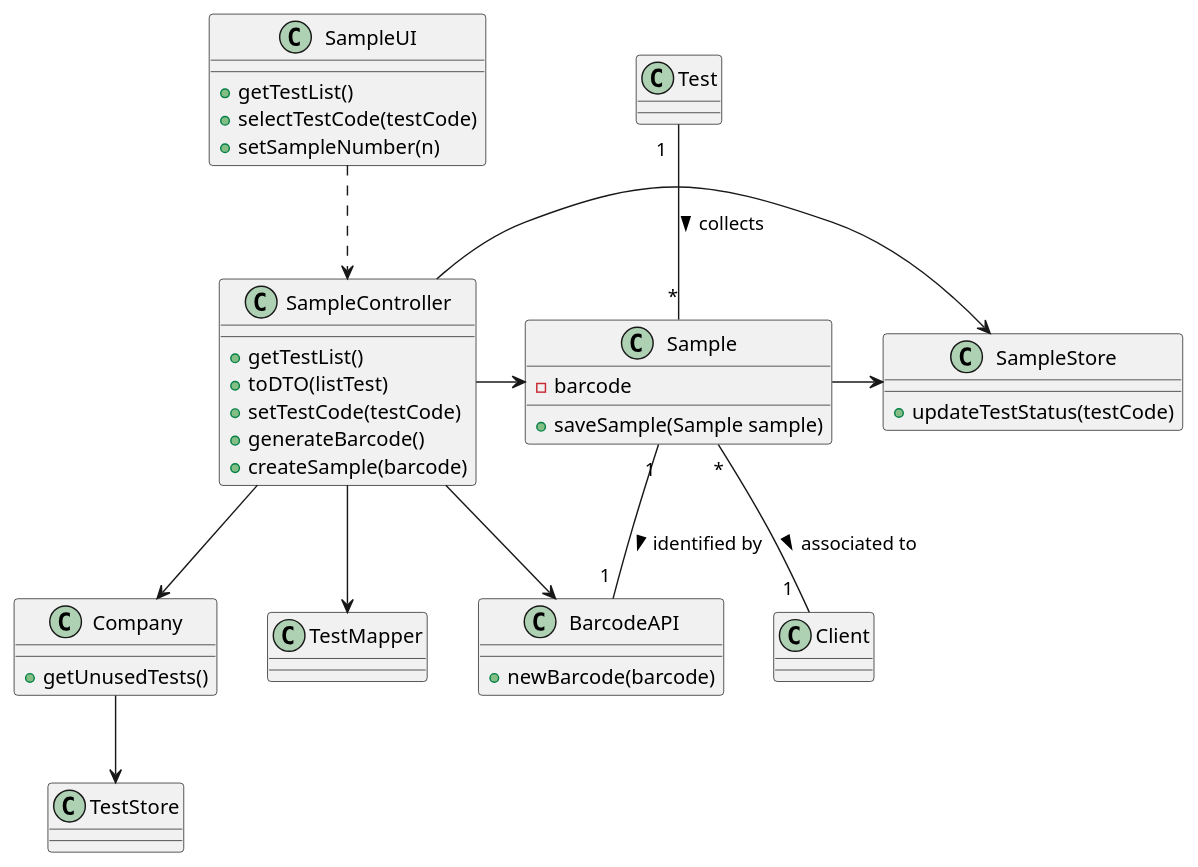
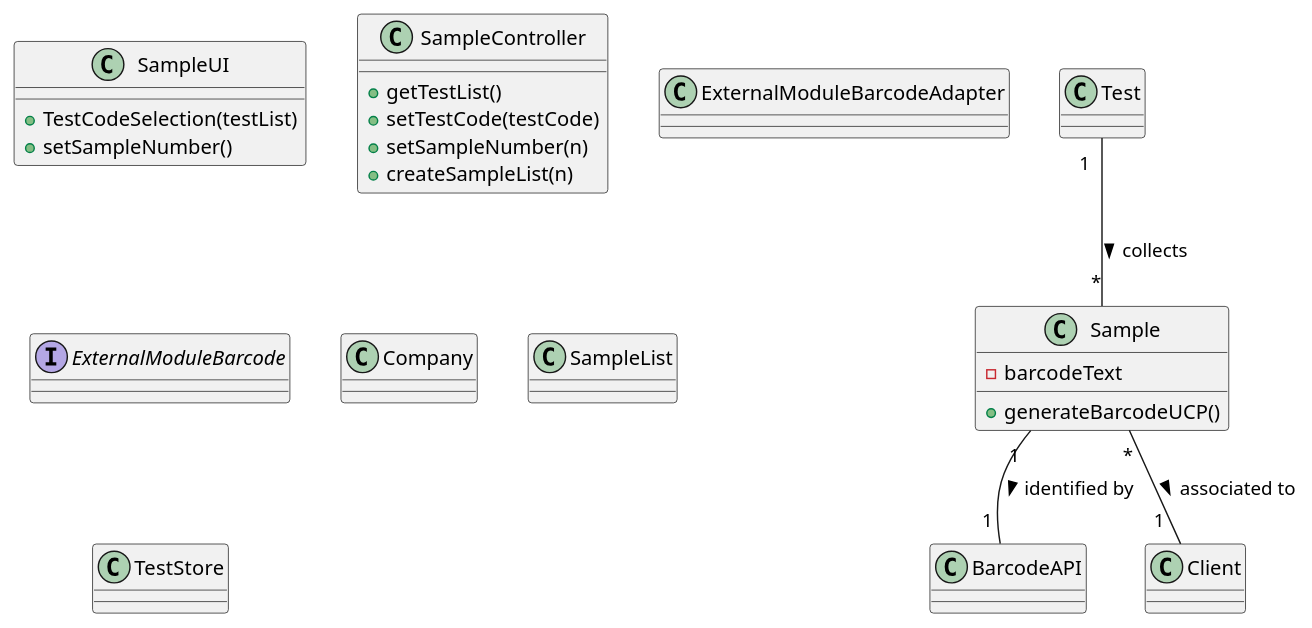
The diagram in docs/SprintC/US5/US5_CD.puml (MadDinosaur/ISEP-LAPR2), drawn with PlantUML before and after one commit. The commit also changed 8 other files, not shown here.

```diff
--- a/docs/SprintC/US5/US5_CD.puml
+++ b/docs/SprintC/US5/US5_CD.puml
@@ -1,46 +1,48 @@
 @startuml
 
 class SampleUI {
-+getTestList()
-+selectTestCode(testCode)
-+setSampleNumber(n)
++TestCodeSelection(testList)
++setSampleNumber()
 }
+
 class SampleController {
 +getTestList()
-+toDTO(listTest)
 +setTestCode(testCode)
-+generateBarcode()
-+createSample(barcode)
++setSampleNumber(n)
++createSampleList(n)
 }
+
+class ExternalModuleBarcodeAdapter {
+}
+
+interface ExternalModuleBarcode {
+}
+
 class Company {
-+getUnusedTests()
 }
-class TestStore
-class TestMapper
+
 class Sample {
--barcode
-+saveSample(Sample sample)
+-barcodeText
++generateBarcodeUCP()
 }
-class SampleStore {
-+updateTestStatus(testCode)
+
+class SampleList {
 }
+
+class TestStore {
+}
+
 class BarcodeAPI {
-+newBarcode(barcode)
 }
-class Client
-class Test
 
-SampleUI ..> SampleController
-SampleController --> Company
-Company --> TestStore
-SampleController --> TestMapper
-SampleController -> BarcodeAPI
-SampleController -> Sample
-SampleController -> SampleStore
-Sample -> SampleStore
+class Client {
+}
+
+class Test {
+}
 
 Sample "1"--"1 " BarcodeAPI : identified by >
 Sample "*"--"1  " Client : associated to >
 Test "1  "--"*" Sample : collects >
 
 @enduml
```
